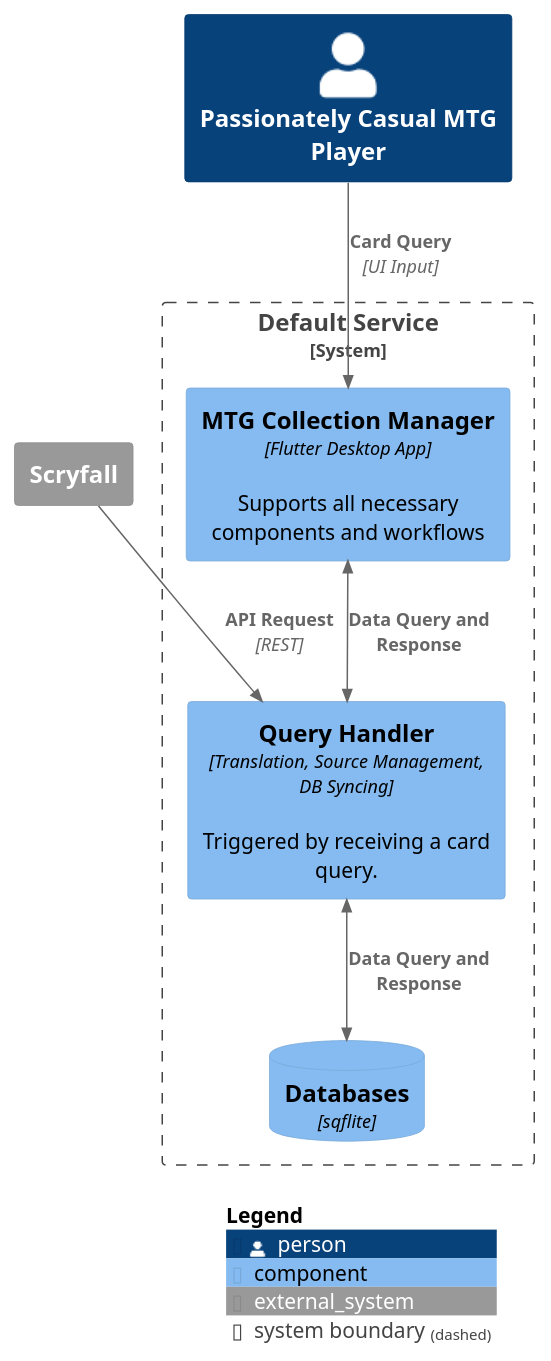
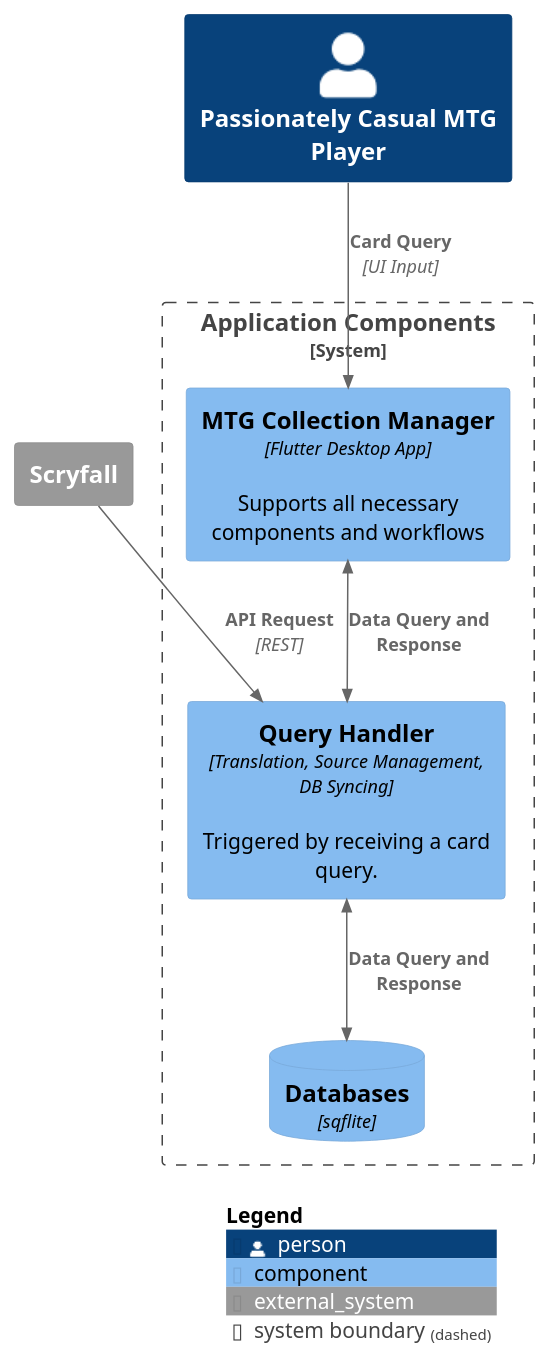
One commit to jtcsProjHub/mtgUtils changed the first of 2 diagrams in flutterApp/mtg_collection_manager/diagrams/Collection_Manager_Context.md. Above: the diagram before and after it, drawn with PlantUML. The commit also changed other lines of this file, not shown here.

````diff
--- a/flutterApp/mtg_collection_manager/diagrams/Collection_Manager_Context.md
+++ b/flutterApp/mtg_collection_manager/diagrams/Collection_Manager_Context.md
@@ -11,31 +11,31 @@
 ```plantuml
 @startuml
 !include https://raw.githubusercontent.com/plantuml-stdlib/C4-PlantUML/master/C4_Component.puml
 
 Person(user, "Passionately Casual MTG Player")
 
-System_Boundary(context, "Default Service") {   
+System_Boundary(context, "Application Components") {   
     Component(controller, "MTG Collection Manager", "Flutter Desktop App", "Supports all necessary components and workflows") {
     }  
     
     Component(handler, "Query Handler", "Translation, Source Management, DB Syncing", "Triggered by receiving a card query.") {
     } 
             
     ComponentDb(db, "Databases", "sqflite")
 }
 
 System_Ext(scryfall, "Scryfall"){
 }
 
 AddRelTag("eventing", $lineStyle = DashedLine())
 
 BiRel(controller, handler, "Data Query and Response")
 BiRel(handler, db, "Data Query and Response")
 
 Rel(user, controller, "Card Query", "UI Input")
 Rel(scryfall, handler, "API Request", "REST")
 
 SHOW_LEGEND()
 
 @enduml
 ```
````
